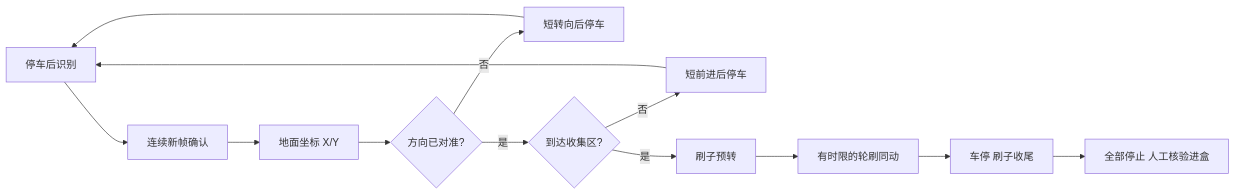
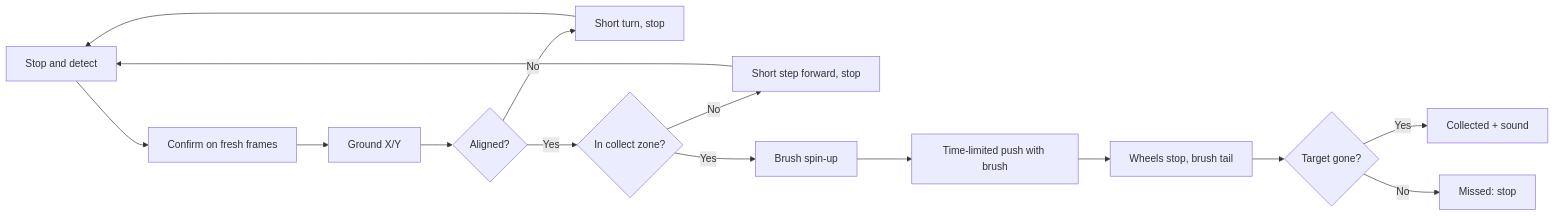
One commit to NguyenQBao/UBHacking2026-MERC.SWEEPY changed the diagram in README.md. Above: the diagram before and after it, drawn with Mermaid. The commit also changed other lines of this file and 190 other files, not shown here.

````diff
--- a/README.md
+++ b/README.md
@@ -34,15 +31,17 @@
 ```mermaid
 flowchart LR
-  A[停车后识别] --> B[连续新帧确认]
-  B --> C[地面坐标 X/Y]
-  C --> D{方向已对准?}
-  D -- 否 --> E[短转向后停车]
+  A[Stop and detect] --> B[Confirm on fresh frames]
+  B --> C[Ground X/Y]
+  C --> D{Aligned?}
+  D -- No --> E[Short turn, stop]
   E --> A
-  D -- 是 --> F{到达收集区?}
-  F -- 否 --> G[短前进后停车]
+  D -- Yes --> F{In collect zone?}
+  F -- No --> G[Short step forward, stop]
   G --> A
-  F -- 是 --> H[刷子预转]
-  H --> I[有时限的轮刷同动]
-  I --> J[车停 刷子收尾]
-  J --> K[全部停止 人工核验进盒]
+  F -- Yes --> H[Brush spin-up]
+  H --> I[Time-limited push with brush]
+  I --> J[Wheels stop, brush tail]
+  J --> K{Target gone?}
+  K -- Yes --> L[Collected + sound]
+  K -- No --> M[Missed: stop]
 ```
````
